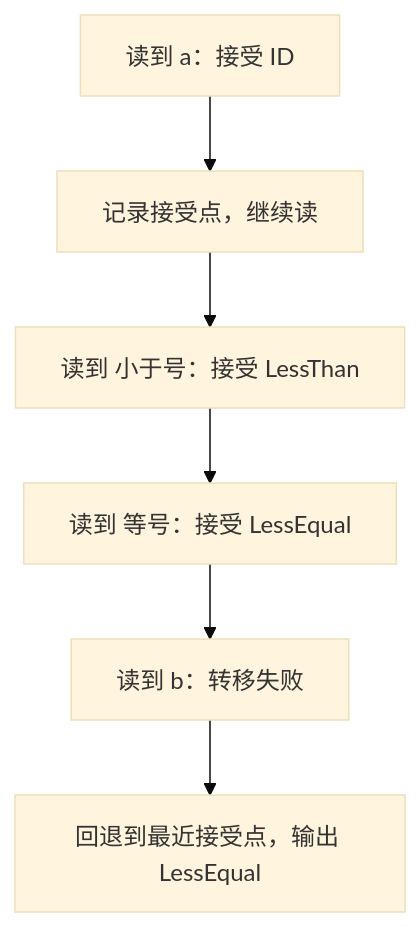
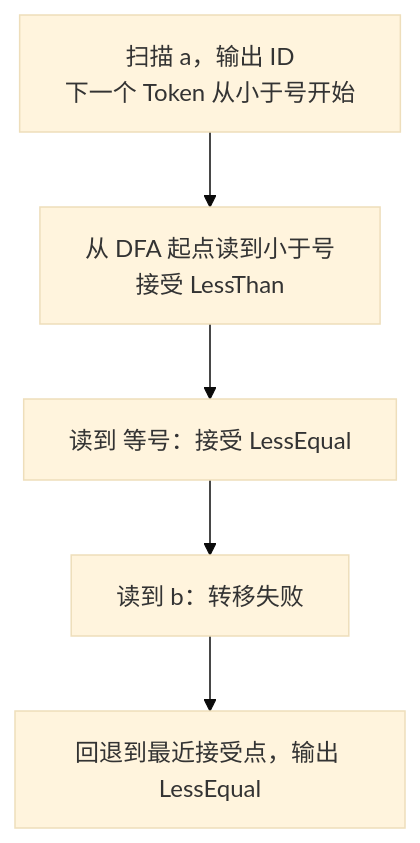
Before and after one commit to lightsmilew/compiler-principles: the third of 3 diagrams in docs/labs/part1-lexer.md, drawn with Mermaid (base theme). The commit also changed other lines of this file and 47 other files, not shown here.

````diff
--- a/docs/labs/part1-lexer.md
+++ b/docs/labs/part1-lexer.md
@@ -193,8 +199,7 @@
 ```mermaid
 flowchart TB
-  A["读到 a：接受 ID"] --> B["记录接受点，继续读"]
-  B --> C["读到 小于号：接受 LessThan"]
+  A["扫描 a，输出 ID<br/>下一个 Token 从小于号开始"] --> C["从 DFA 起点读到小于号<br/>接受 LessThan"]
   C --> D["读到 等号：接受 LessEqual"]
   D --> E["读到 b：转移失败"]
   E --> F["回退到最近接受点，输出 LessEqual"]
 ```
````
